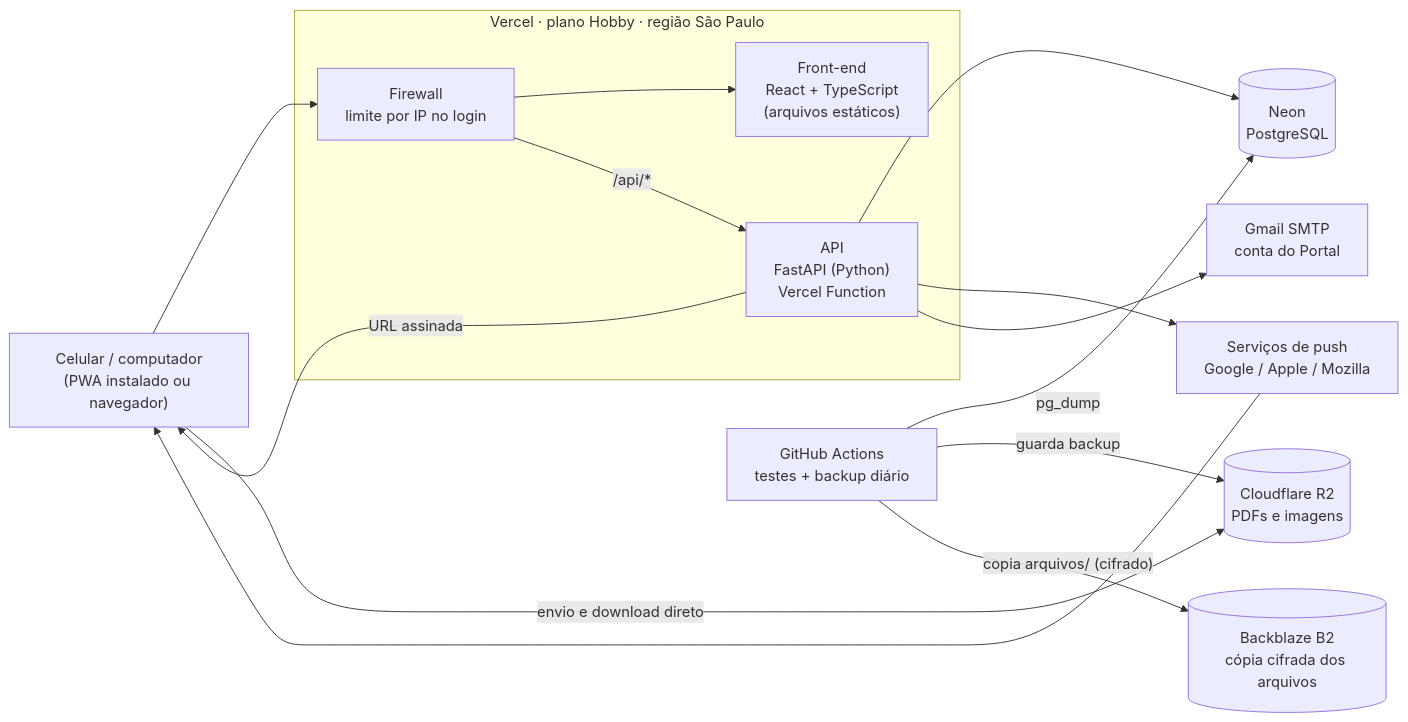
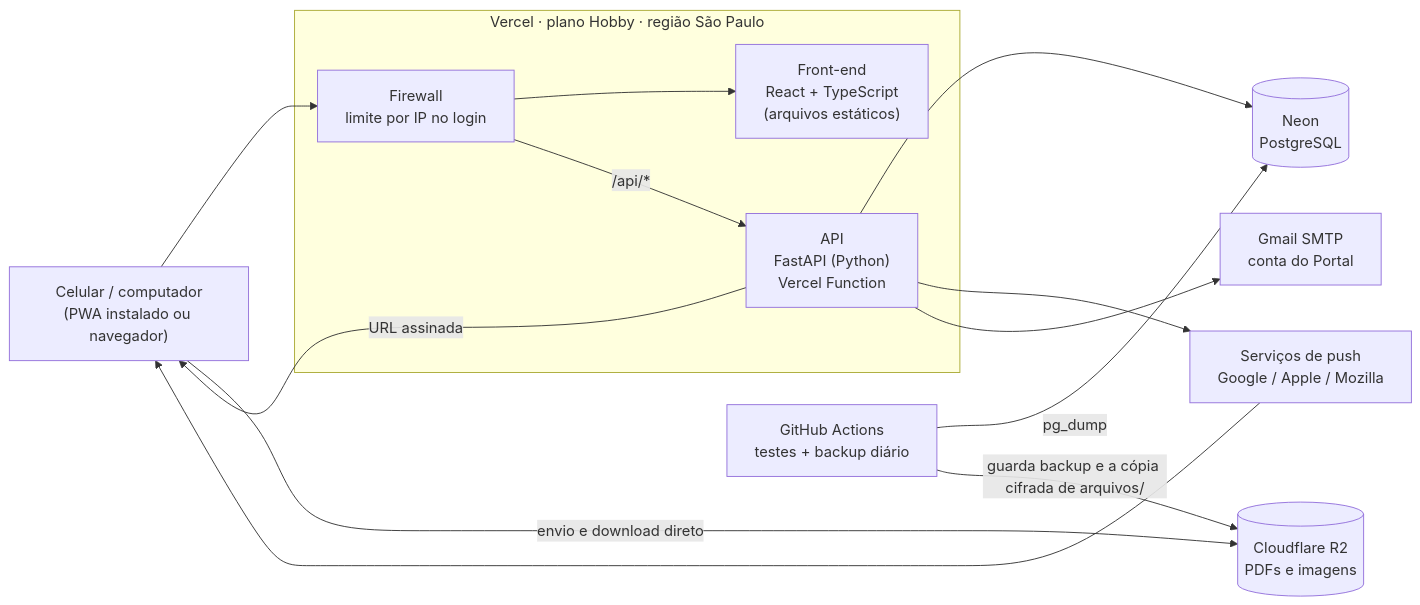
Before and after one commit to ErickSantos2002/portal-capibaribe-prime: the diagram in docs/05-arquitetura.md, drawn with Mermaid. The commit also changed other lines of this file and 5 other files, not shown here.

First line of the commit message:
docs: fechamento do M3 no modelo, na arquitetura e no roadmap

````diff
--- a/docs/05-arquitetura.md
+++ b/docs/05-arquitetura.md
@@ -16,29 +16,27 @@
 ```mermaid
 flowchart LR
     cel["Celular / computador<br/>(PWA instalado ou navegador)"]
 
     subgraph vercel["Vercel · plano Hobby · região São Paulo"]
         waf["Firewall<br/>limite por IP no login"]
         web["Front-end<br/>React + TypeScript<br/>(arquivos estáticos)"]
         api["API<br/>FastAPI (Python)<br/>Vercel Function"]
     end
 
     neon[("Neon<br/>PostgreSQL")]
     r2[("Cloudflare R2<br/>PDFs e imagens")]
     push["Serviços de push<br/>Google / Apple / Mozilla"]
     gmail["Gmail SMTP<br/>conta do Portal"]
     gh["GitHub Actions<br/>testes + backup diário"]
 
     cel --> waf
     waf --> web
     waf -->|"/api/*"| api
     api --> neon
     api -->|"URL assinada"| cel
     cel -->|"envio e download direto"| r2
     api --> push --> cel
     api --> gmail
     gh -->|"pg_dump"| neon
-    gh -->|"guarda backup"| r2
-    b2[("Backblaze B2<br/>cópia cifrada dos arquivos")]
-    gh -->|"copia arquivos/ (cifrado)"| b2
+    gh -->|"guarda backup e a cópia cifrada de arquivos/"| r2
 ```
````
